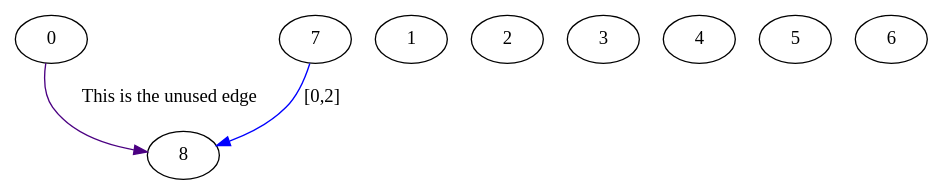
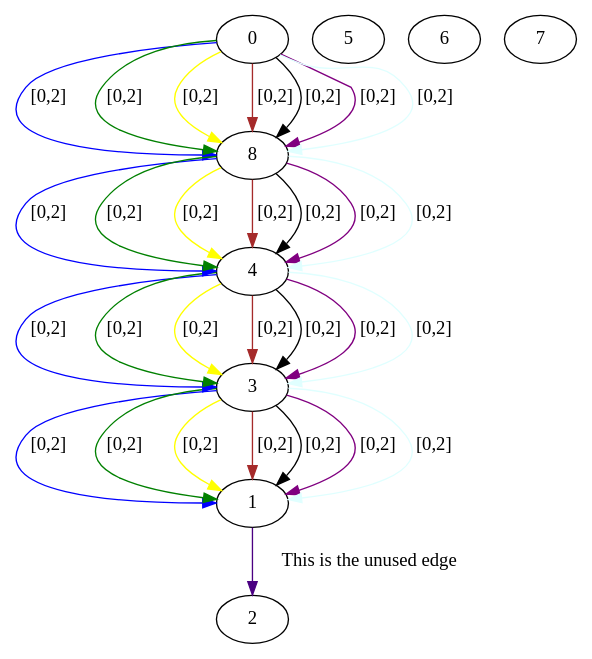
The diagram in src/assignedGraphs/assigned.dot (Hebbe1234/ExpectAll), drawn with Graphviz before and after one commit. The commit also changed 3 other files, not shown here.

```diff
--- a/src/assignedGraphs/assigned.dot
+++ b/src/assignedGraphs/assigned.dot
@@ -1,13 +1,40 @@
 digraph  {
 0 [Country="United States", Internal=1, Latitude="42.37843", Longitude="-71.11644", label=0];
 1 [Country="United States", Internal=1, Latitude="37.45383", Longitude="-122.18219", label=1];
 2 [Country="United States", Internal=1, Latitude="34.42083", Longitude="-119.69819", label=2];
 3 [Country="United States", Internal=1, Latitude="34.05223", Longitude="-118.24368", label=3];
 4 [Country="United States", Internal=1, Latitude="34.01945", Longitude="-118.49119", label=4];
 5 [Country="United States", Internal=1, Latitude="34.01945", Longitude="-118.49119", label=5];
 6 [Country="United States", Internal=1, Latitude="40.76078", Longitude="-111.89105", label=6];
 7 [Country="United States", Internal=1, Latitude="42.35954", Longitude="-71.09172", label=7];
 8 [Country="United States", Internal=1, Latitude="42.3751", Longitude="-71.10561", label=8];
-0 -> 8  [color=indigo, key=0, label="This is the unused edge "];
-7 -> 8  [color=blue, key=0, label="[0,2]"];
+0 -> 8  [color=blue, key=0, label="[0,2]"];
+0 -> 8  [color=green, key=1, label="[0,2]"];
+0 -> 8  [color=yellow, key=2, label="[0,2]"];
+0 -> 8  [color=brown, key=3, label="[0,2]"];
+0 -> 8  [color=black, key=4, label="[0,2]"];
+0 -> 8  [color=purple, key=5, label="[0,2]"];
+0 -> 8  [color=lightcyan, key=6, label="[0,2]"];
+1 -> 2  [color=indigo, key=0, label="This is the unused edge "];
+3 -> 1  [color=blue, key=0, label="[0,2]"];
+3 -> 1  [color=green, key=1, label="[0,2]"];
+3 -> 1  [color=yellow, key=2, label="[0,2]"];
+3 -> 1  [color=brown, key=3, label="[0,2]"];
+3 -> 1  [color=black, key=4, label="[0,2]"];
+3 -> 1  [color=purple, key=5, label="[0,2]"];
+3 -> 1  [color=lightcyan, key=6, label="[0,2]"];
+4 -> 3  [color=blue, key=0, label="[0,2]"];
+4 -> 3  [color=green, key=1, label="[0,2]"];
+4 -> 3  [color=yellow, key=2, label="[0,2]"];
+4 -> 3  [color=brown, key=3, label="[0,2]"];
+4 -> 3  [color=black, key=4, label="[0,2]"];
+4 -> 3  [color=purple, key=5, label="[0,2]"];
+4 -> 3  [color=lightcyan, key=6, label="[0,2]"];
+8 -> 4  [color=blue, key=0, label="[0,2]"];
+8 -> 4  [color=green, key=1, label="[0,2]"];
+8 -> 4  [color=yellow, key=2, label="[0,2]"];
+8 -> 4  [color=brown, key=3, label="[0,2]"];
+8 -> 4  [color=black, key=4, label="[0,2]"];
+8 -> 4  [color=purple, key=5, label="[0,2]"];
+8 -> 4  [color=lightcyan, key=6, label="[0,2]"];
 }
```
